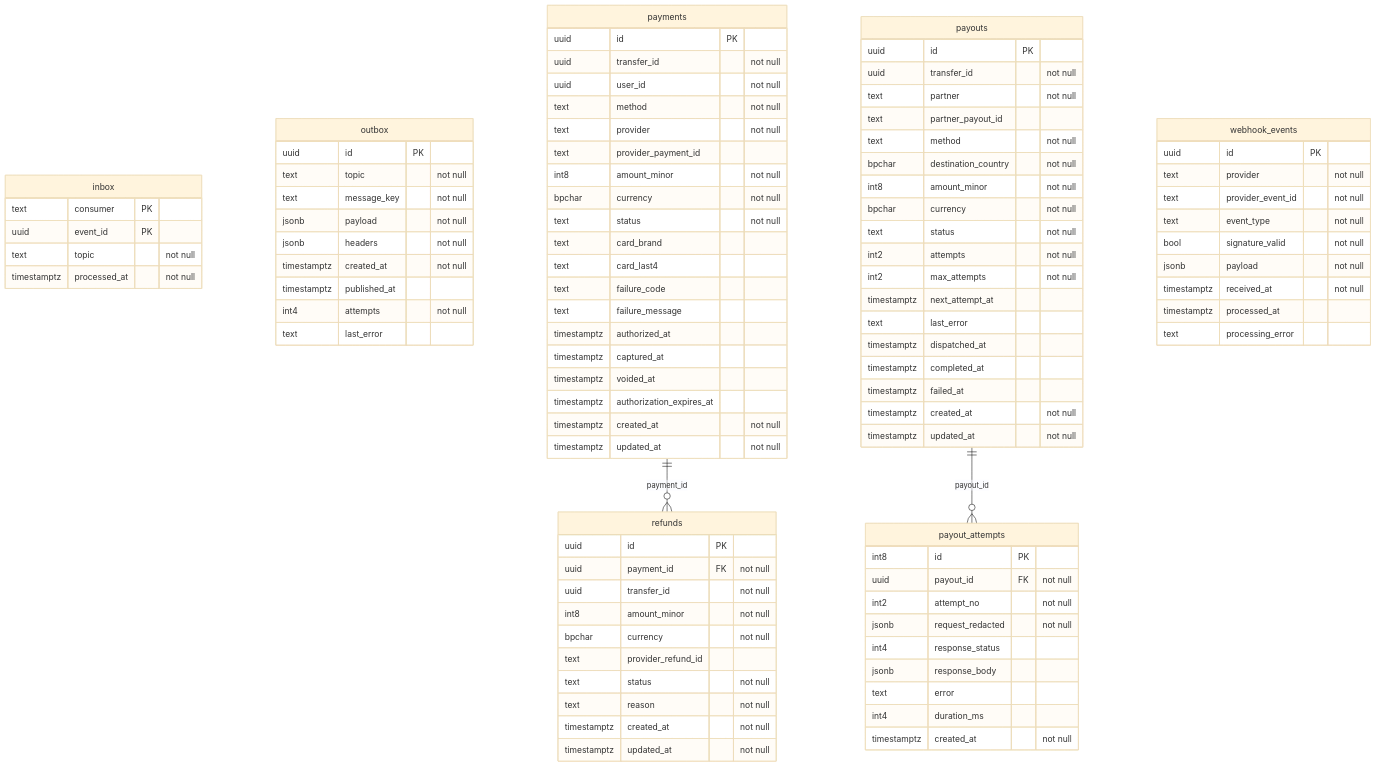
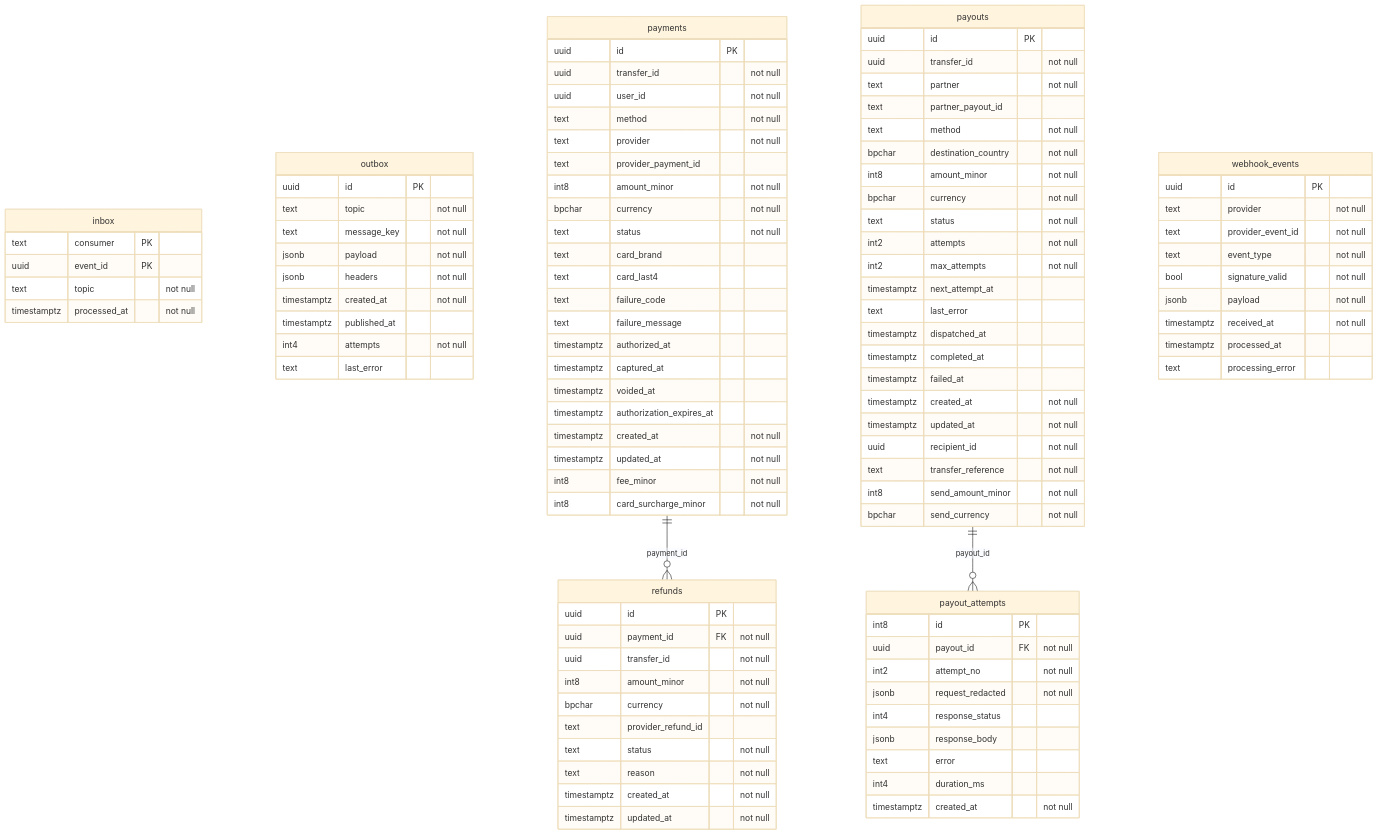
The fourth of 7 diagrams in docs/database-erd.md (ehsanrazakazmi/AnchorPay), drawn with Mermaid (base theme) before and after one commit. The commit also changed other lines of this file and 63 other files, not shown here.

```diff
--- a/docs/database-erd.md
+++ b/docs/database-erd.md
@@ -434,6 +443,8 @@
     timestamptz authorization_expires_at
     timestamptz created_at "not null"
     timestamptz updated_at "not null"
+    int8 fee_minor "not null"
+    int8 card_surcharge_minor "not null"
   }
   payout_attempts {
     int8 id PK
@@ -465,6 +476,10 @@
     timestamptz failed_at
     timestamptz created_at "not null"
     timestamptz updated_at "not null"
+    uuid recipient_id "not null"
+    text transfer_reference "not null"
+    int8 send_amount_minor "not null"
+    bpchar send_currency "not null"
   }
   refunds {
     uuid id PK
```
